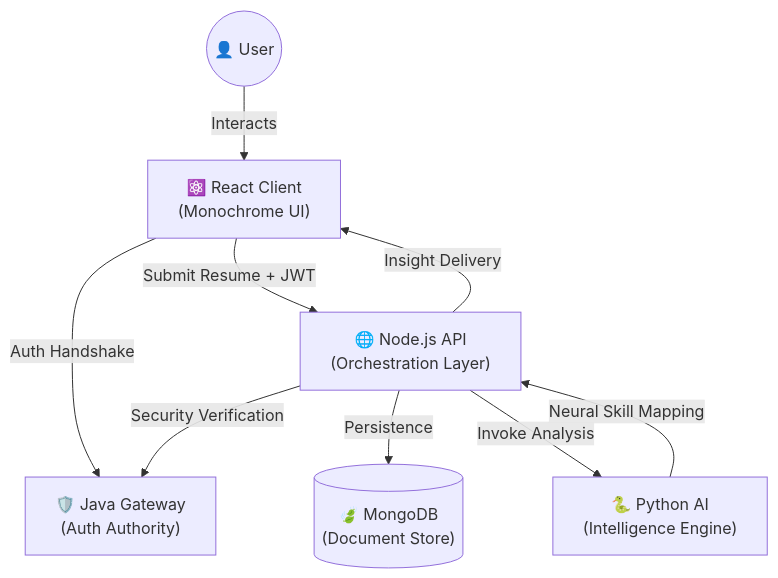
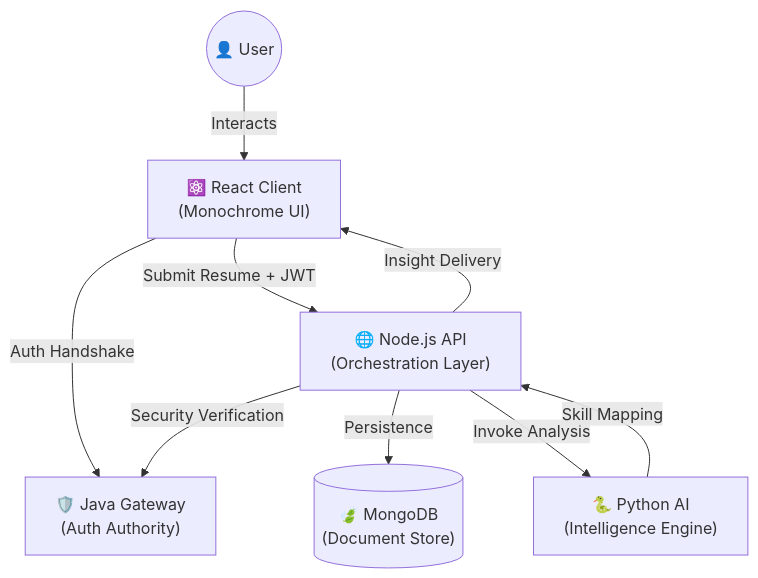
One commit to kirtan597/Futrix-Ai changed the diagram in README.md. Above: the diagram before and after it, drawn with Mermaid. The commit also changed other lines of this file and 26 other files, not shown here.

````diff
--- a/README.md
+++ b/README.md
@@ -53,18 +53,18 @@
 ```mermaid
 graph TD
     User((👤 User))
     Client["⚛️ React Client\n(Monochrome UI)"]
     Gateway["🛡️ Java Gateway\n(Auth Authority)"]
     NodeAPI["🌐 Node.js API\n(Orchestration Layer)"]
     PythonAI["🐍 Python AI\n(Intelligence Engine)"]
     DB[("🍃 MongoDB\n(Document Store)")]
 
     User -->|Interacts| Client
     Client -->|Auth Handshake| Gateway
     Client -->|Submit Resume + JWT| NodeAPI
     NodeAPI -->|Security Verification| Gateway
     NodeAPI -->|Persistence| DB
     NodeAPI -->|Invoke Analysis| PythonAI
-    PythonAI -->|Neural Skill Mapping| NodeAPI
+    PythonAI -->|Skill Mapping| NodeAPI
     NodeAPI -->|Insight Delivery| Client
 ```
````
